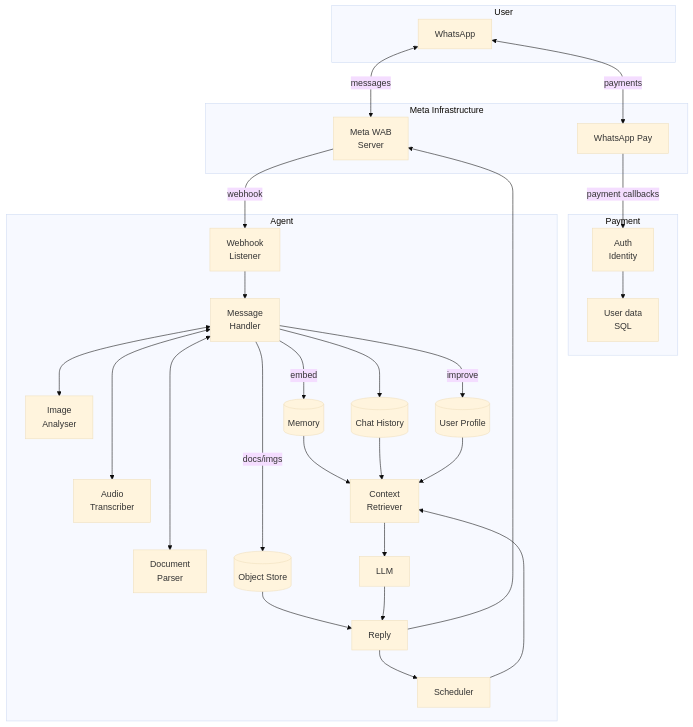
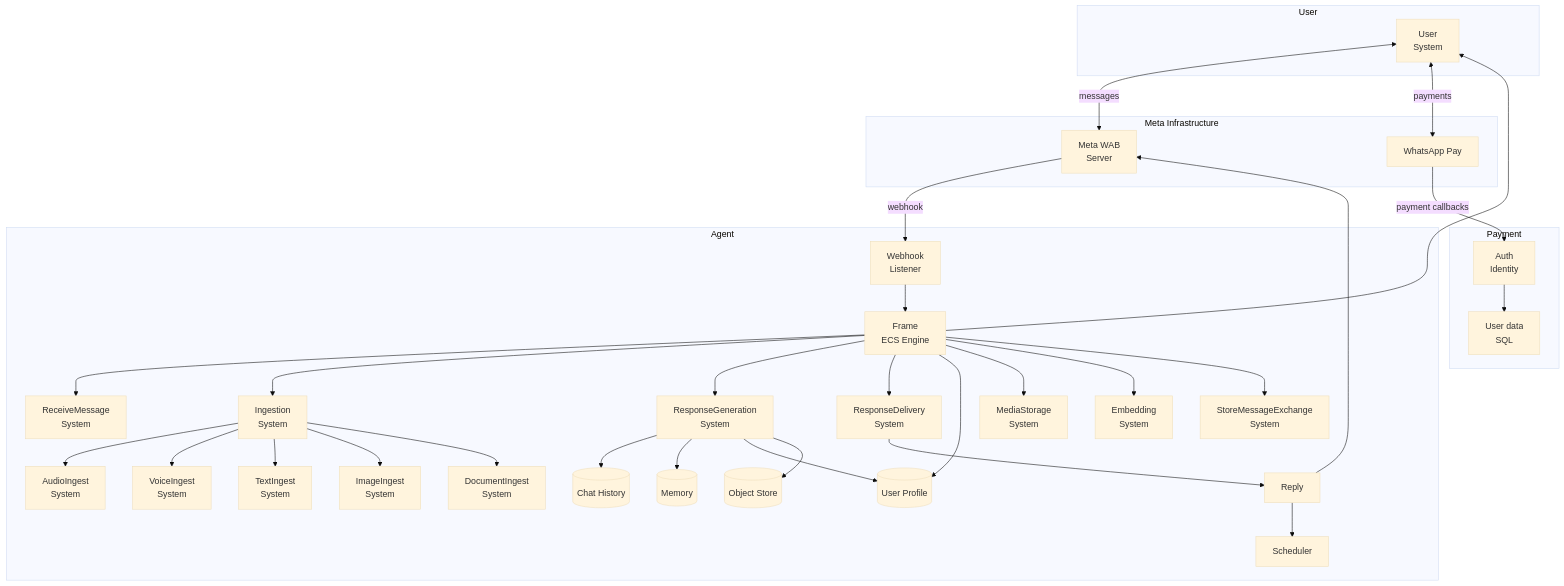
The first of 3 diagrams in spec/systemPatterns.md (malbq/whatsapp-agents), drawn with Mermaid (base theme) before and after one commit. The commit also changed other lines of this file and 91 other files, not shown here.

````diff
--- a/spec/systemPatterns.md
+++ b/spec/systemPatterns.md
@@ -21,43 +21,52 @@
 ```mermaid
 graph TD
     subgraph "User"
         user[WhatsApp]
     end
 
     subgraph "Meta Infrastructure"
         wab[Meta WAB<br/>Server]
         pay[WhatsApp Pay]
     end
 
     subgraph "Payment"
         id[Auth<br/>Identity]
         userdb[User data<br/>SQL]
     end
 
     subgraph "Agent"
         wh[Webhook<br/>Listener]
-        --> handler[Message<br/>Handler]
-        handler <--> img[Image<br/>Analyser]
-        handler <---> stt[Audio<br/>Transcriber]
-        handler <----> doc[Document<br/>Parser]
-        handler --> chat[(Chat History)]
-        handler -->|embed| memory[(Memory)]
-        handler -->|improve| profile[(User Profile)]
-        handler -->|docs/imgs| obj[(Object Store)] --> reply
-        memory--> context[Context<br/>Retriever]
-        --> llm[LLM]
-        --> reply[Reply]
-        chat --> context
-        profile --> context
+        --> frame[Frame<br/>ECS Engine]
+        frame --> receive[ReceiveMessage<br/>System]
+        frame --> user[User<br/>System]
+        frame --> ingest[Ingestion<br/>System]
+        frame --> response[ResponseGeneration<br/>System]
+        frame --> delivery[ResponseDelivery<br/>System]
+        frame --> profile[ImproveUserProfile<br/>System]
+        frame --> storage[MediaStorage<br/>System]
+        frame --> embed[Embedding<br/>System]
+        frame --> store[StoreMessageExchange<br/>System]
+
+        ingest --> audio[AudioIngest<br/>System]
+        ingest --> voice[VoiceIngest<br/>System]
+        ingest --> text[TextIngest<br/>System]
+        ingest --> image[ImageIngest<br/>System]
+        ingest --> document[DocumentIngest<br/>System]
+
+        response --> chat[(Chat History)]
+        response --> memory[(Memory)]
+        response --> profile[(User Profile)]
+        response --> obj[(Object Store)]
+
+        delivery --> reply[Reply]
         reply --> cron[Scheduler]
-        cron --> context
     end
 
     user <-->|messages| wab
     user <-->|payments| pay
     pay -->|payment callbacks| id
     id --> userdb
 
     wab -->|webhook| wh
     reply --> wab
 ```
````
